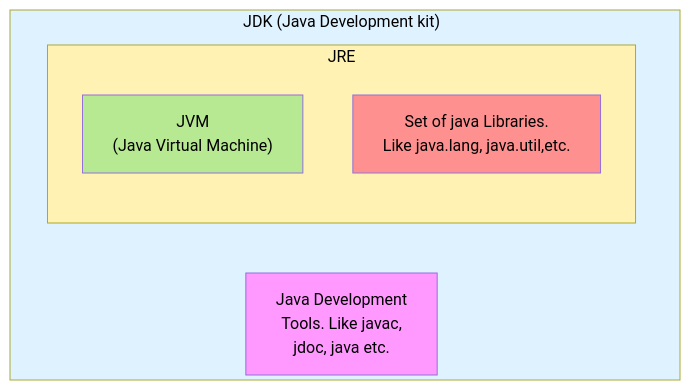
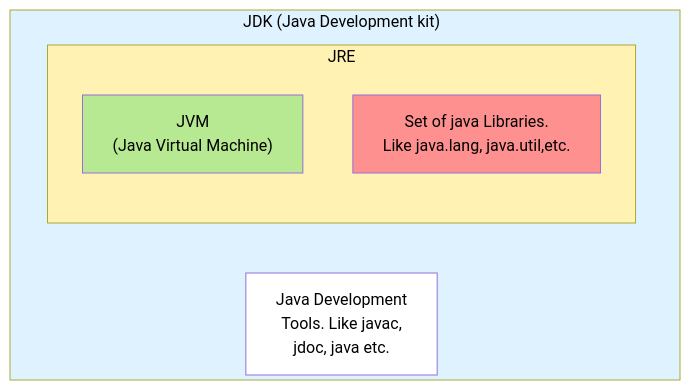
Before and after one commit to f-ei8ht/java-lang: the diagram in Notes/Basics.md, drawn with Mermaid.

Commit message:
mermaid diagram for jdk

````diff
--- a/Notes/Basics.md
+++ b/Notes/Basics.md
@@ -6,20 +6,20 @@
 ```mermaid
 graph TD
     subgraph JDK["JDK (Java Development kit)"]
         A[Java Development 
         Tools. Like javac, 
         jdoc, java etc.]
         subgraph JRE["JRE"]
             B["JVM
             (Java Virtual Machine)"]
             C[Set of java Libraries. 
             Like java.lang, java.util,etc.]
         
-        style A fill:#f9f,color:#000
+        style A fill:#fff,color:#000
         style JRE fill:#fff2b2,color:#000
         style B fill:#b7e892,color:#000
         style C fill:#ff9090,color:#000
         end
         style JDK fill:#dff2ff,color:#000,width:670px,height:370px
     end
 ```
````
